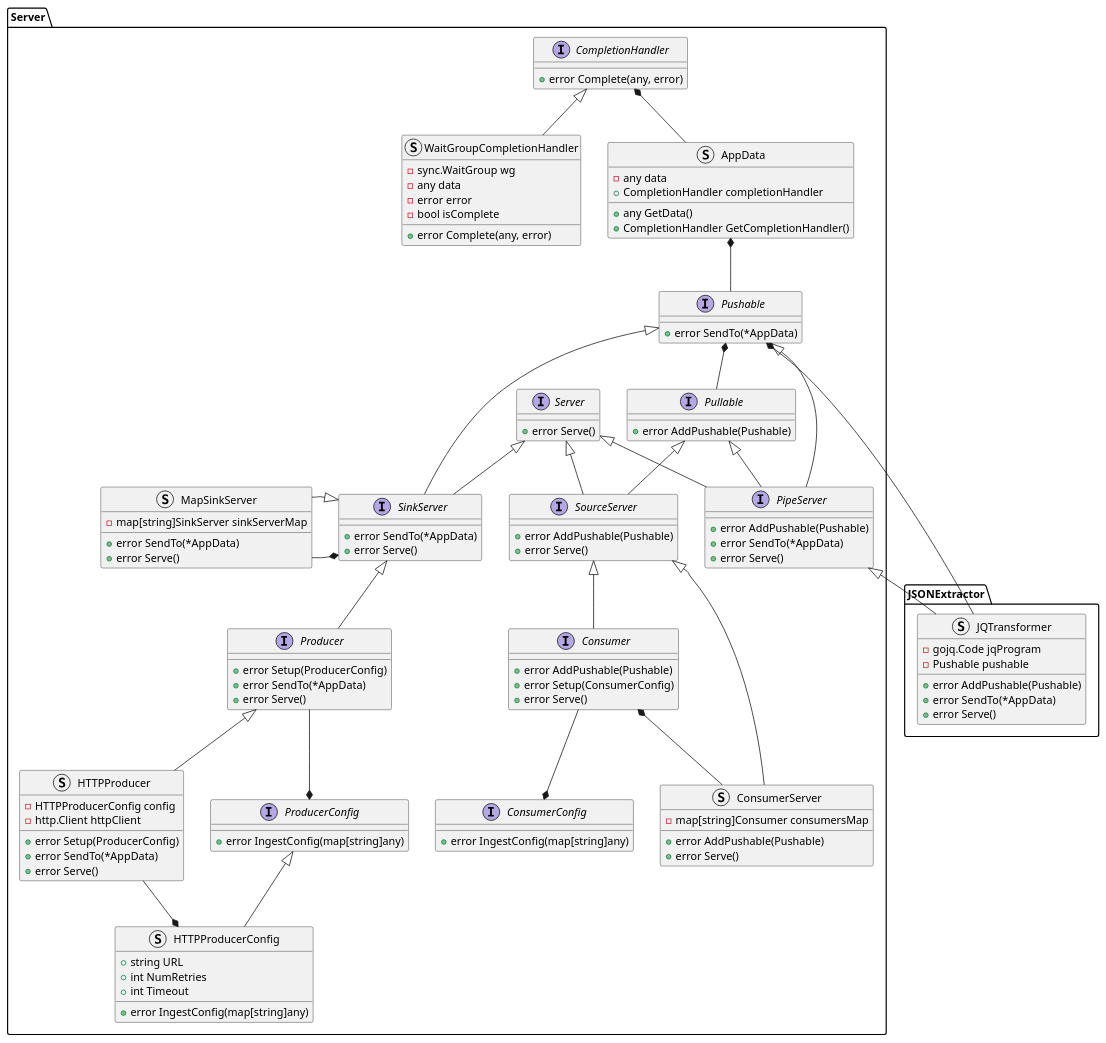
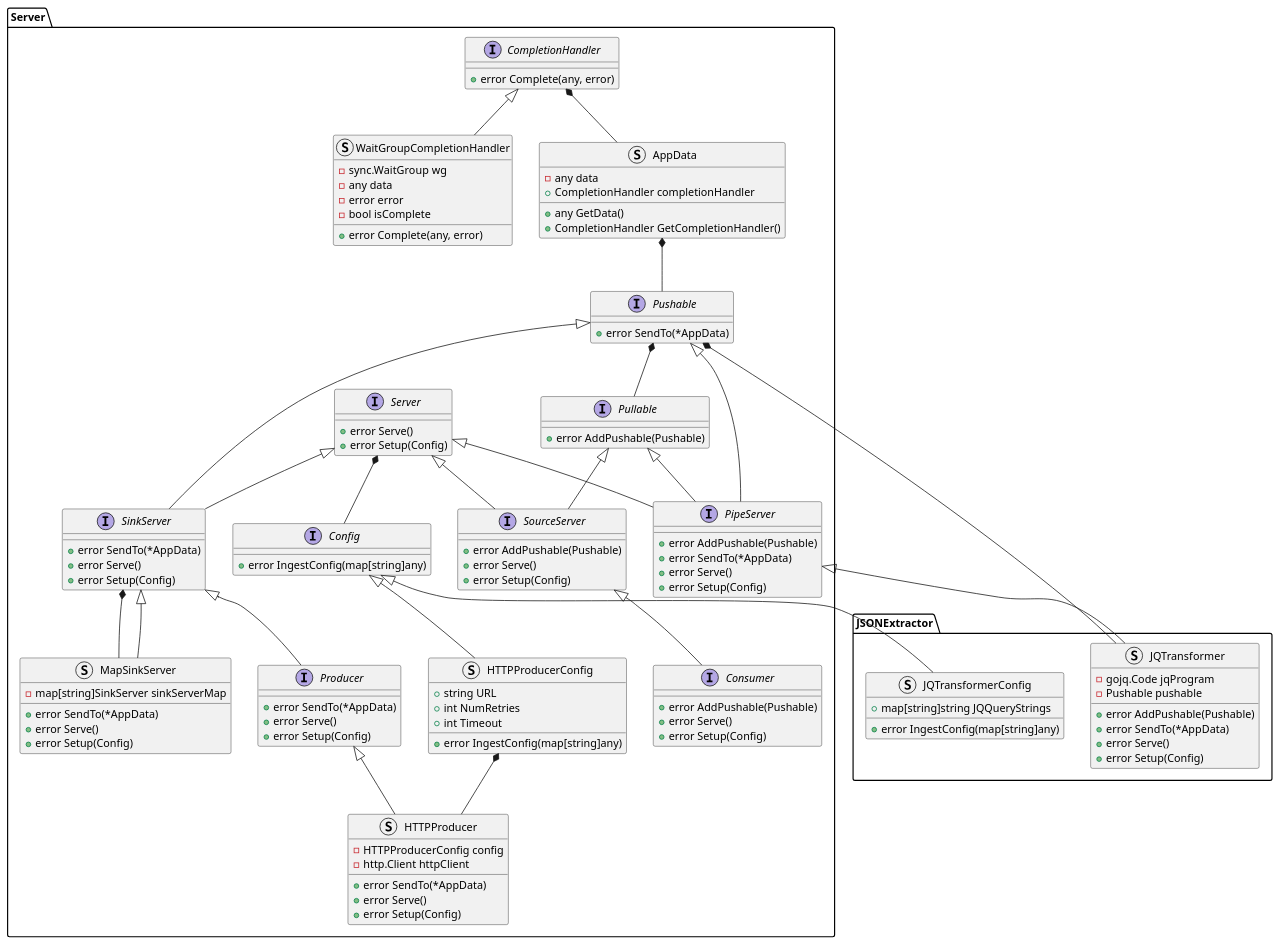
The diagram in docs/design_notes/DN1_JSON_Extractor/class_diagram.puml (xtuml/otel2pv), drawn with PlantUML before and after one commit. The commit also changed 10 other files, not shown here.

```diff
--- a/docs/design_notes/DN1_JSON_Extractor/class_diagram.puml
+++ b/docs/design_notes/DN1_JSON_Extractor/class_diagram.puml
@@ -1,119 +1,118 @@
 @startuml
 namespace JSONExtractor {
+    struct JQTransformerConfig {
+        +map[string]string JQQueryStrings
+        +error IngestConfig(map[string]any)
+    }
     struct JQTransformer {
         -gojq.Code jqProgram
         -Pushable pushable
         +error AddPushable(Pushable)
         +error SendTo(*AppData)
         +error Serve()
+        +error Setup(Config)
     }
 }
 namespace Server {
     interface CompletionHandler {
         +error Complete(any, error)
     }
     struct WaitGroupCompletionHandler {
         -sync.WaitGroup wg
         -any data
         -error error
         -bool isComplete
         +error Complete(any, error)
     }
     struct AppData {
         -any data
         +CompletionHandler completionHandler
         +any GetData()
         +CompletionHandler GetCompletionHandler()
     }
     interface Server {
         +error Serve()
+        +error Setup(Config)
     }
     interface Pullable {
         +error AddPushable(Pushable)
     }
     interface Pushable {
         +error SendTo(*AppData)
     }
     interface SourceServer {
         +error AddPushable(Pushable)
         +error Serve()
+        +error Setup(Config)
     }
     interface SinkServer {
         +error SendTo(*AppData)
         +error Serve()
+        +error Setup(Config)
     }
     interface PipeServer {
         +error AddPushable(Pushable)
         +error SendTo(*AppData)
         +error Serve()
+        +error Setup(Config)
     }
     interface Producer {
-        +error Setup(ProducerConfig)
         +error SendTo(*AppData)
         +error Serve()
+        +error Setup(Config)
     }
     struct HTTPProducer {
         -HTTPProducerConfig config
         -http.Client httpClient
-        +error Setup(ProducerConfig)
         +error SendTo(*AppData)
         +error Serve()
+        +error Setup(Config)
     }
     interface Consumer {
         +error AddPushable(Pushable)
-        +error Setup(ConsumerConfig)
         +error Serve()
+        +error Setup(Config)
     }
     struct MapSinkServer {
         -map[string]SinkServer sinkServerMap
         +error SendTo(*AppData)
         +error Serve()
+        +error Setup(Config)
     }
-    struct ConsumerServer {
-        -map[string]Consumer consumersMap
-        +error AddPushable(Pushable)
-        +error Serve()
-    }
-    interface ProducerConfig {
+    interface Config {
         +error IngestConfig(map[string]any)
     }
     struct HTTPProducerConfig {
         +string URL
         +int NumRetries
         +int Timeout
-        +error IngestConfig(map[string]any)
-    }
-
-    interface ConsumerConfig {
         +error IngestConfig(map[string]any)
     }
 }
 Server.CompletionHandler <|-- Server.WaitGroupCompletionHandler
 Server.CompletionHandler *-- Server.AppData
 Server.AppData *-- Server.Pushable
 Server.Server <|-- Server.SourceServer
 Server.Pushable *-- Server.Pullable
 Server.Pullable <|-- Server.SourceServer
 Server.Server <|-- Server.SinkServer
 Server.Pushable <|-- Server.SinkServer
 Server.Pushable <|-- Server.PipeServer
 Server.Pullable <|-- Server.PipeServer
 Server.Server <|-- Server.PipeServer
 
 Server.SinkServer <|-- Server.Producer
-Server.SinkServer *-left- Server.MapSinkServer
-Server.SinkServer <|-left- Server.MapSinkServer
-Server.SourceServer <|-- Server.ConsumerServer
-Server.Consumer *-- Server.ConsumerServer
+Server.SinkServer *-- Server.MapSinkServer
+Server.SinkServer <|-- Server.MapSinkServer
 Server.SourceServer <|-- Server.Consumer
 
 Server.PipeServer <|-- JSONExtractor.JQTransformer
 Server.Pushable *-- JSONExtractor.JQTransformer
 
 
-Server.ConsumerConfig *-up- Server.Consumer
-Server.ProducerConfig *-up- Server.Producer
-Server.ProducerConfig <|-- Server.HTTPProducerConfig
+Server.Server *-- Server.Config
+Server.Config <|-- JSONExtractor.JQTransformerConfig
+Server.Config <|-- Server.HTTPProducerConfig
 Server.Producer <|-- Server.HTTPProducer
-Server.HTTPProducerConfig *-up- Server.HTTPProducer
+Server.HTTPProducerConfig *-- Server.HTTPProducer
 @enduml
```
